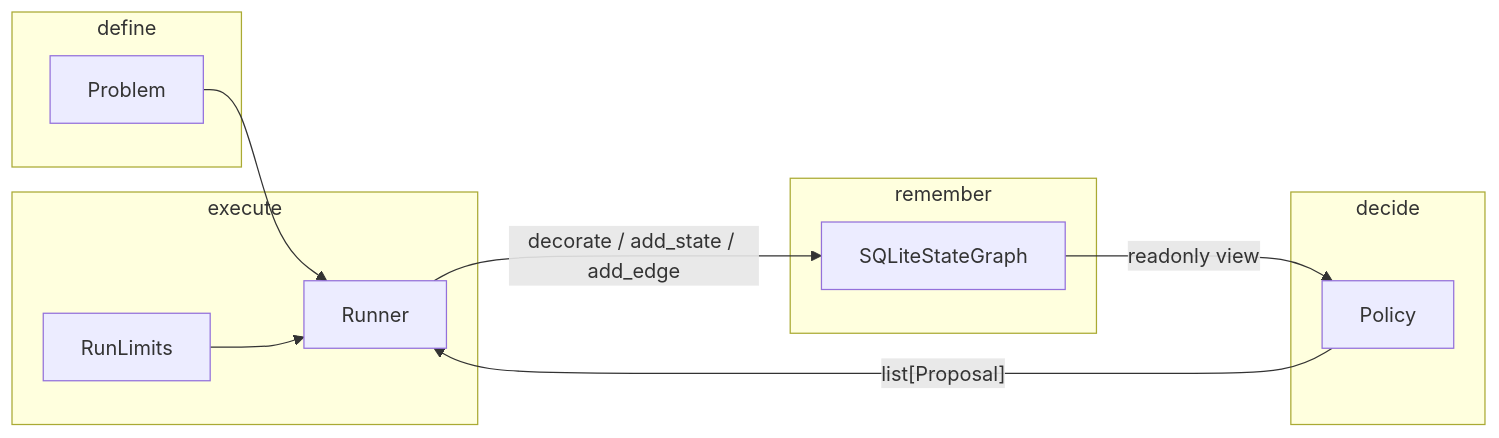
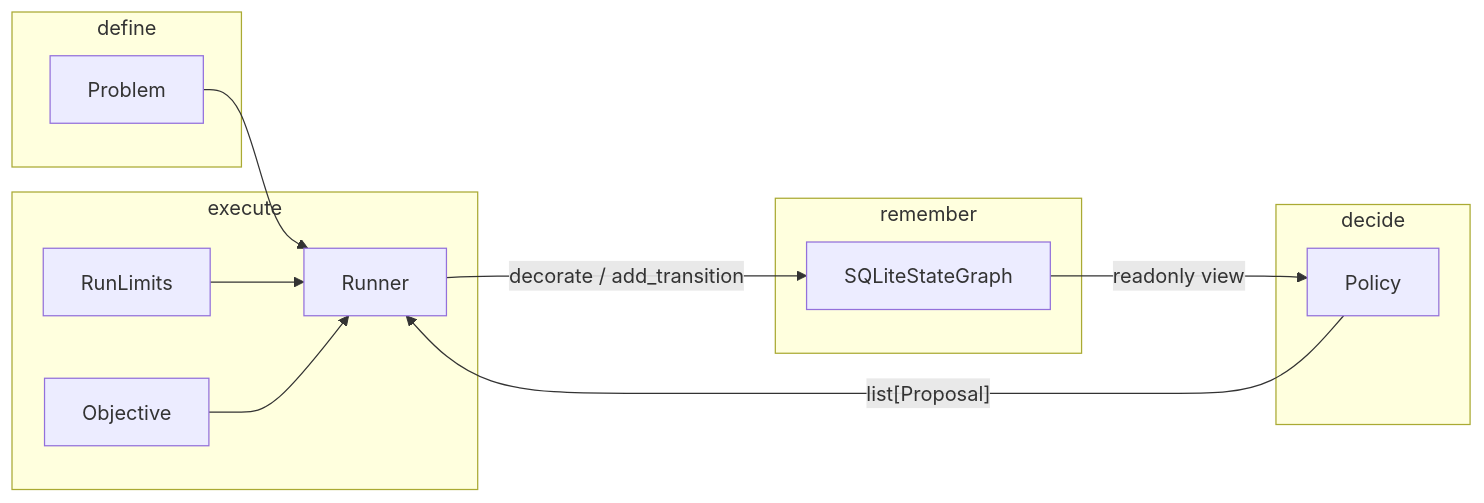
One commit to McClain-Thiel/yggdrisil changed the diagram in docs/architecture.md. Above: the diagram before and after it, drawn with Mermaid. The commit also changed other lines of this file and 52 other files, not shown here.

````diff
--- a/docs/architecture.md
+++ b/docs/architecture.md
@@ -6,21 +6,23 @@
 ```mermaid
 flowchart LR
   subgraph define
     Problem
   end
   subgraph decide
     Policy
   end
   subgraph execute
     Runner
     Limits[RunLimits]
+    Objective
   end
   subgraph remember
     Graph[SQLiteStateGraph]
   end
   Problem --> Runner
   Policy -->|"list[Proposal]"| Runner
   Limits --> Runner
-  Runner -->|"decorate / add_state / add_edge"| Graph
+  Objective --> Runner
+  Runner -->|"decorate / add_transition"| Graph
   Graph -->|"readonly view"| Policy
 ```
````
